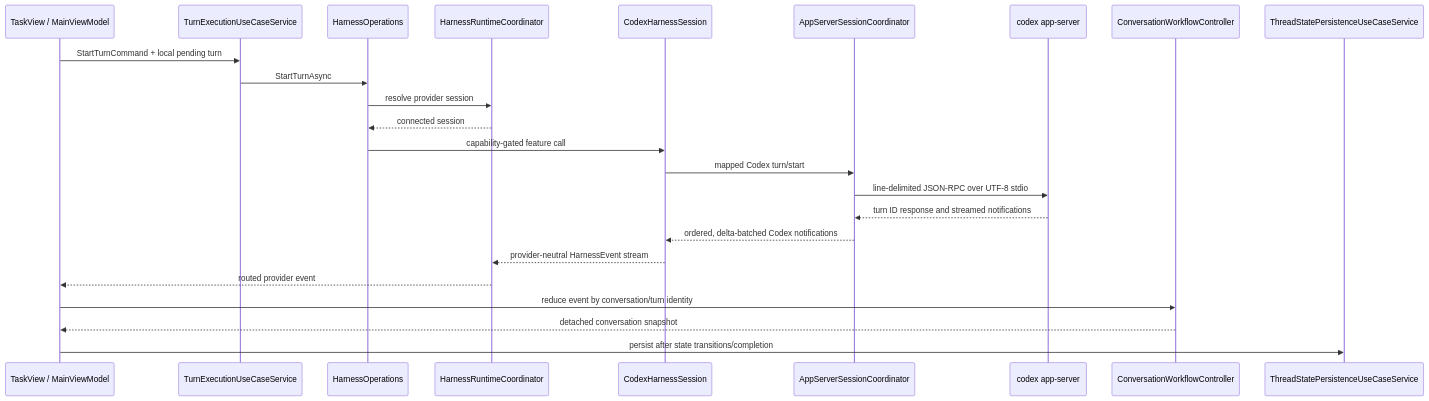
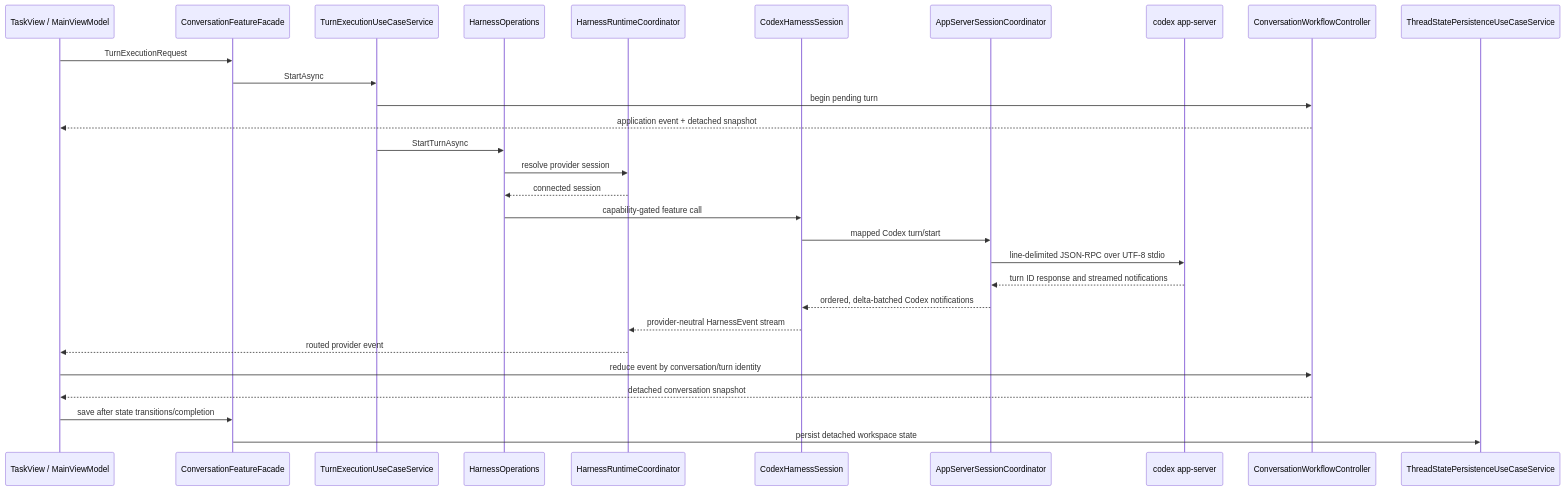
Before and after one commit to Scorpinaus/SynthiaCodex: the third of 4 diagrams in docs/current-architecture.md, drawn with Mermaid. The commit also changed other lines of this file and 23 other files, not shown here.

````diff
--- a/docs/current-architecture.md
+++ b/docs/current-architecture.md
@@ -128,27 +131,32 @@
 ```mermaid
 sequenceDiagram
     participant UI as TaskView / MainViewModel
+    participant F as ConversationFeatureFacade
     participant UC as TurnExecutionUseCaseService
     participant HO as HarnessOperations
     participant HR as HarnessRuntimeCoordinator
     participant CH as CodexHarnessSession
     participant SC as AppServerSessionCoordinator
     participant AS as codex app-server
     participant WF as ConversationWorkflowController
     participant PS as ThreadStatePersistenceUseCaseService
 
-    UI->>UC: StartTurnCommand + local pending turn
+    UI->>F: TurnExecutionRequest
+    F->>UC: StartAsync
+    UC->>WF: begin pending turn
+    WF-->>UI: application event + detached snapshot
     UC->>HO: StartTurnAsync
     HO->>HR: resolve provider session
     HR-->>HO: connected session
     HO->>CH: capability-gated feature call
     CH->>SC: mapped Codex turn/start
     SC->>AS: line-delimited JSON-RPC over UTF-8 stdio
     AS-->>SC: turn ID response and streamed notifications
     SC-->>CH: ordered, delta-batched Codex notifications
     CH-->>HR: provider-neutral HarnessEvent stream
     HR-->>UI: routed provider event
     UI->>WF: reduce event by conversation/turn identity
     WF-->>UI: detached conversation snapshot
-    UI->>PS: persist after state transitions/completion
+    UI->>F: save after state transitions/completion
+    F->>PS: persist detached workspace state
 ```
````
